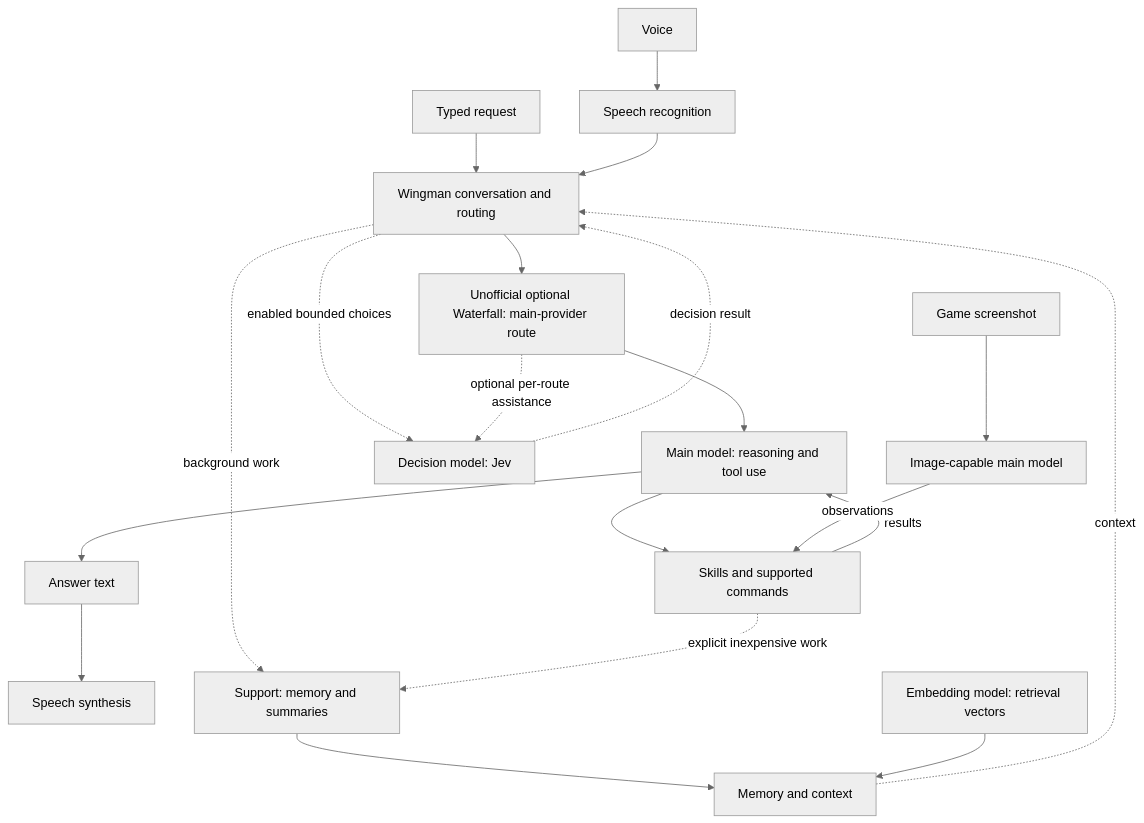
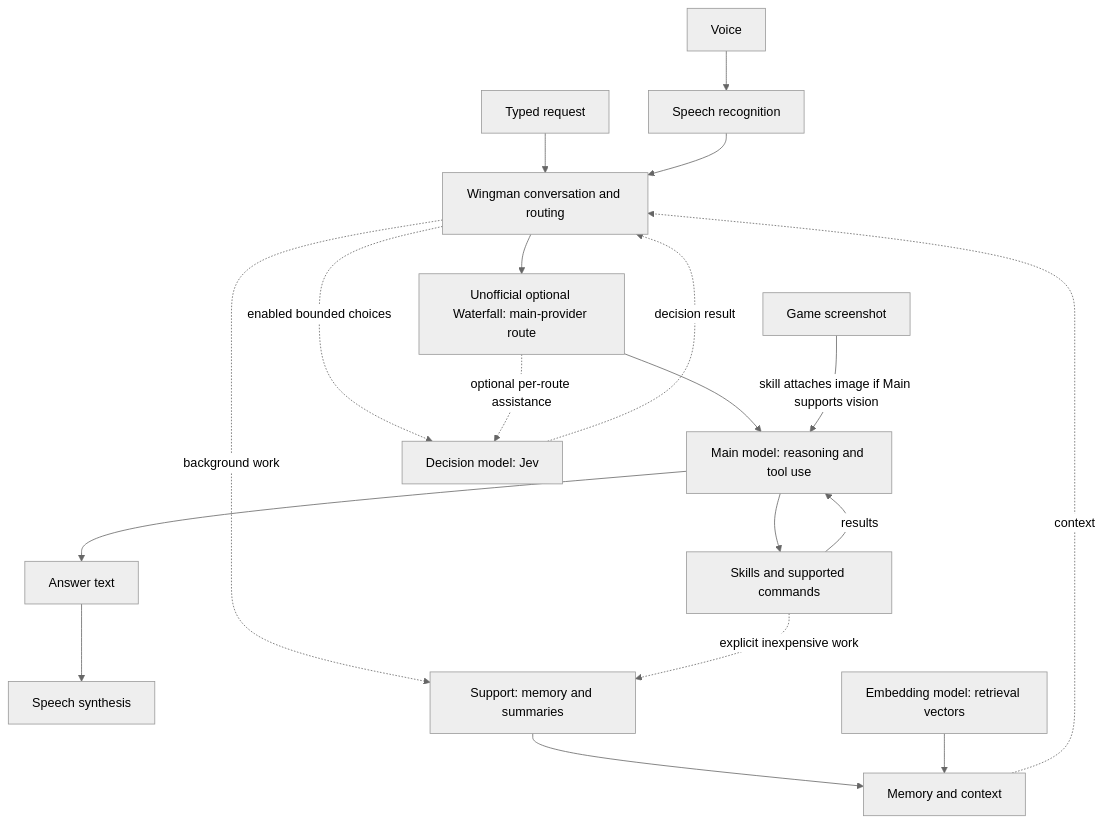
Before and after one commit to Fowlplaychiken/SC-Wingman-API-Waterfall: the diagram in docs/diagrams/WINGMAN-MODEL-ROLES-EXTENSIONS.mmd, drawn with Mermaid (neutral theme). The commit also changed 7 other files, not shown here.

Commit message:
Clarify optional main vision and role-specific baseline comparisons

```diff
--- a/docs/diagrams/WINGMAN-MODEL-ROLES-EXTENSIONS.mmd
+++ b/docs/diagrams/WINGMAN-MODEL-ROLES-EXTENSIONS.mmd
@@ -1,20 +1,19 @@
 flowchart TD
   voice[Voice] --> stt[Speech recognition]
   text[Typed request] --> core[Wingman conversation and routing]
   stt --> core
   core --> waterfall[Unofficial optional Waterfall: main-provider route]
   waterfall --> main[Main model: reasoning and tool use]
   main --> tools[Skills and supported commands]
   tools -->|results| main
   main --> reply[Answer text]
   reply --> tts[Speech synthesis]
   core -. background work .-> support[Support: memory and summaries]
   tools -. explicit inexpensive work .-> support
   core -. enabled bounded choices .-> jev[Decision model: Jev]
   jev -. decision result .-> core
   waterfall -. optional per-route assistance .-> jev
   support --> memory[Memory and context]
   embedding[Embedding model: retrieval vectors] --> memory
   memory -. context .-> core
-  screen[Game screenshot] --> vision[Image-capable main model]
-  vision -->|observations| tools
+  screen[Game screenshot] -->|skill attaches image if Main supports vision| main
```
